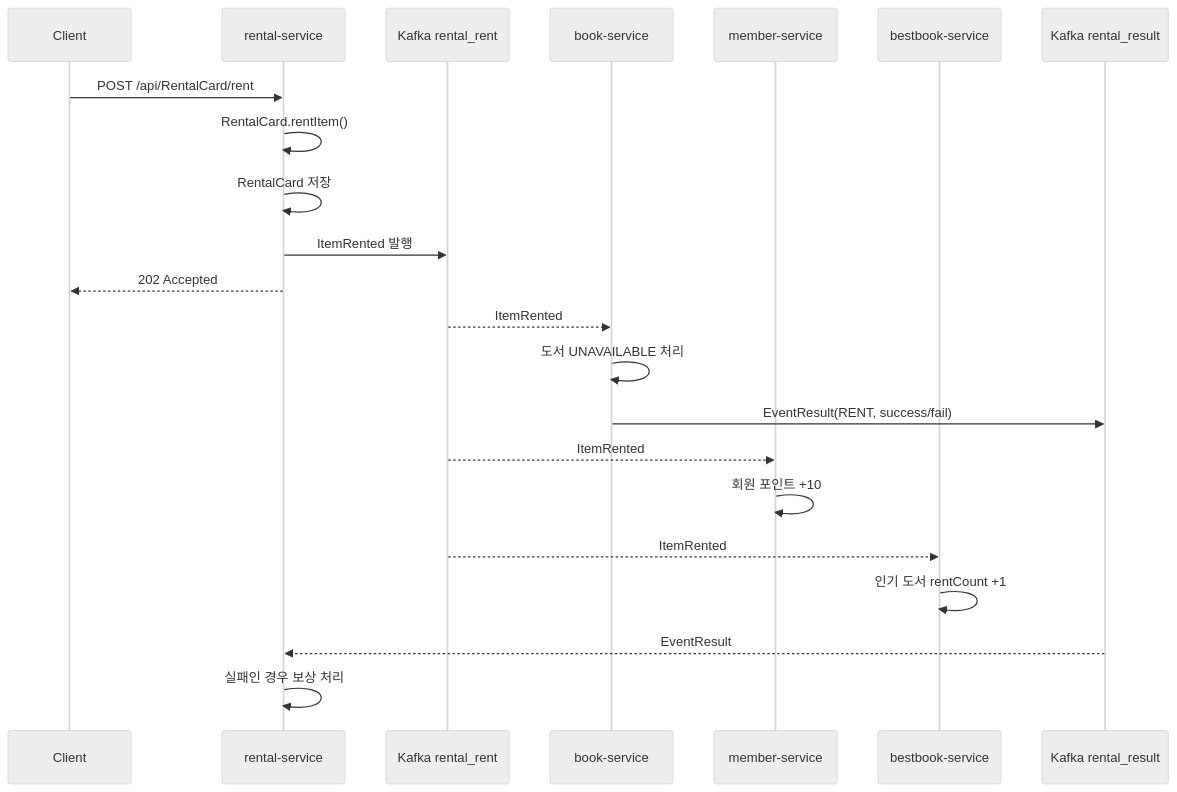
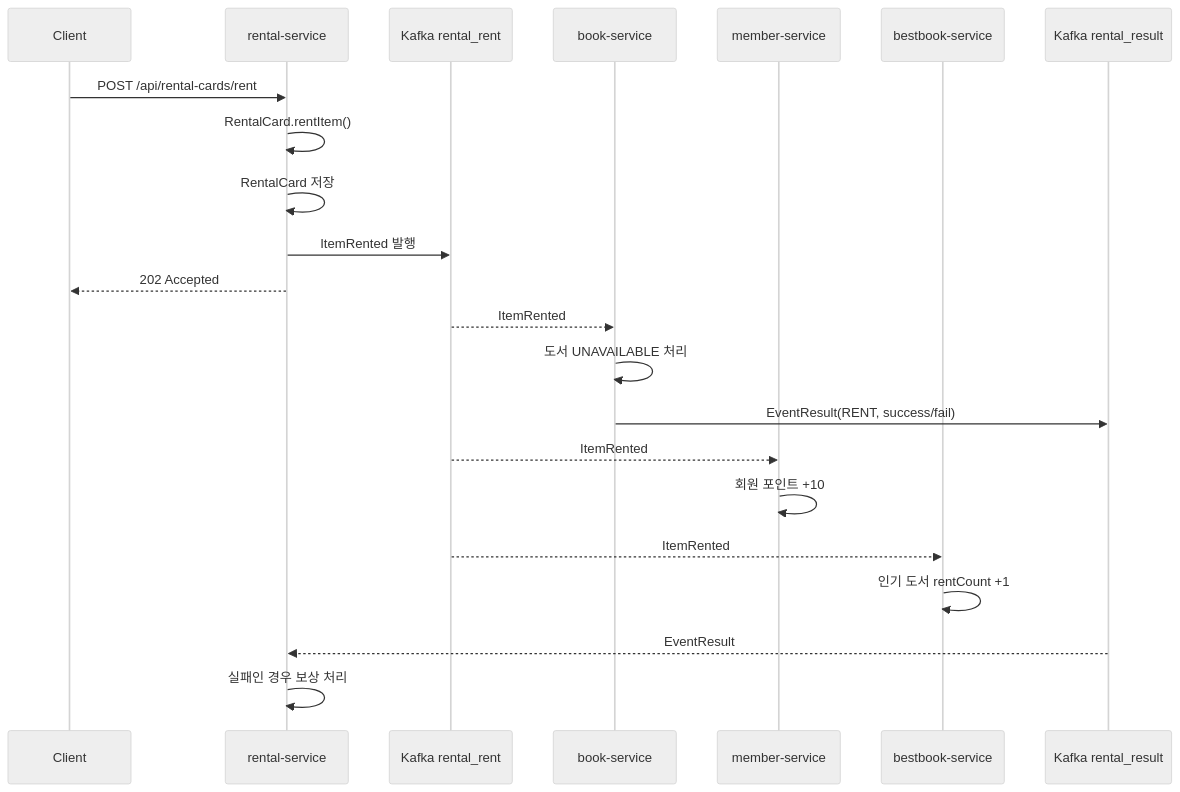
Before and after one commit to limjeahun/library-rental-eda: the second of 7 diagrams in README.md, drawn with Mermaid (neutral theme). The commit also changed other lines of this file and 72 other files, not shown here.

````diff
--- a/README.md
+++ b/README.md
@@ -260,29 +279,29 @@
 ```mermaid
 sequenceDiagram
     participant C as Client
     participant R as rental-service
     participant K as Kafka rental_rent
     participant B as book-service
     participant M as member-service
     participant BB as bestbook-service
     participant RR as Kafka rental_result
 
-    C->>R: POST /api/RentalCard/rent
+    C->>R: POST /api/rental-cards/rent
     R->>R: RentalCard.rentItem()
     R->>R: RentalCard 저장
     R->>K: ItemRented 발행
     R-->>C: 202 Accepted
 
     K-->>B: ItemRented
     B->>B: 도서 UNAVAILABLE 처리
     B->>RR: EventResult(RENT, success/fail)
 
     K-->>M: ItemRented
     M->>M: 회원 포인트 +10
 
     K-->>BB: ItemRented
     BB->>BB: 인기 도서 rentCount +1
 
     RR-->>R: EventResult
     R->>R: 실패인 경우 보상 처리
 ```
````
